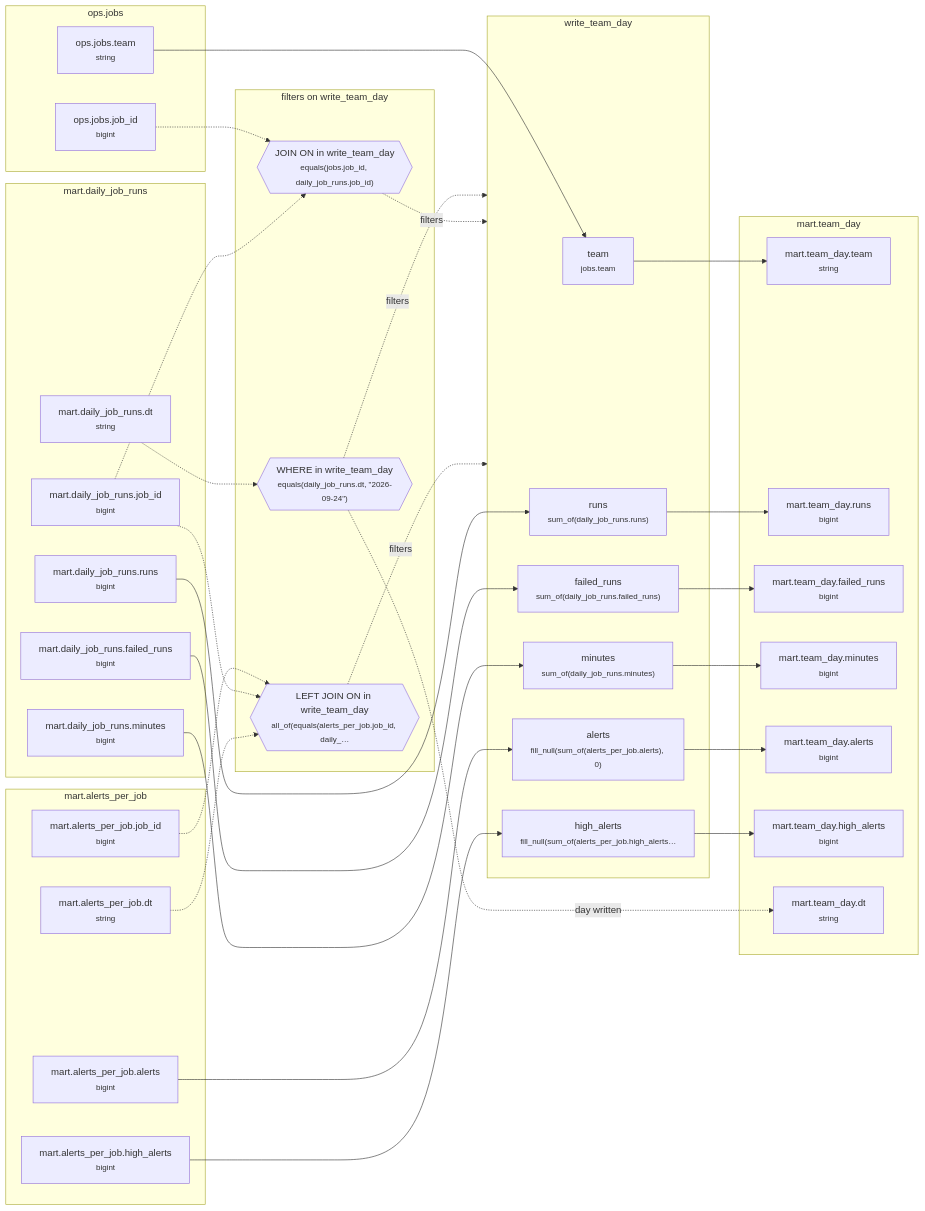
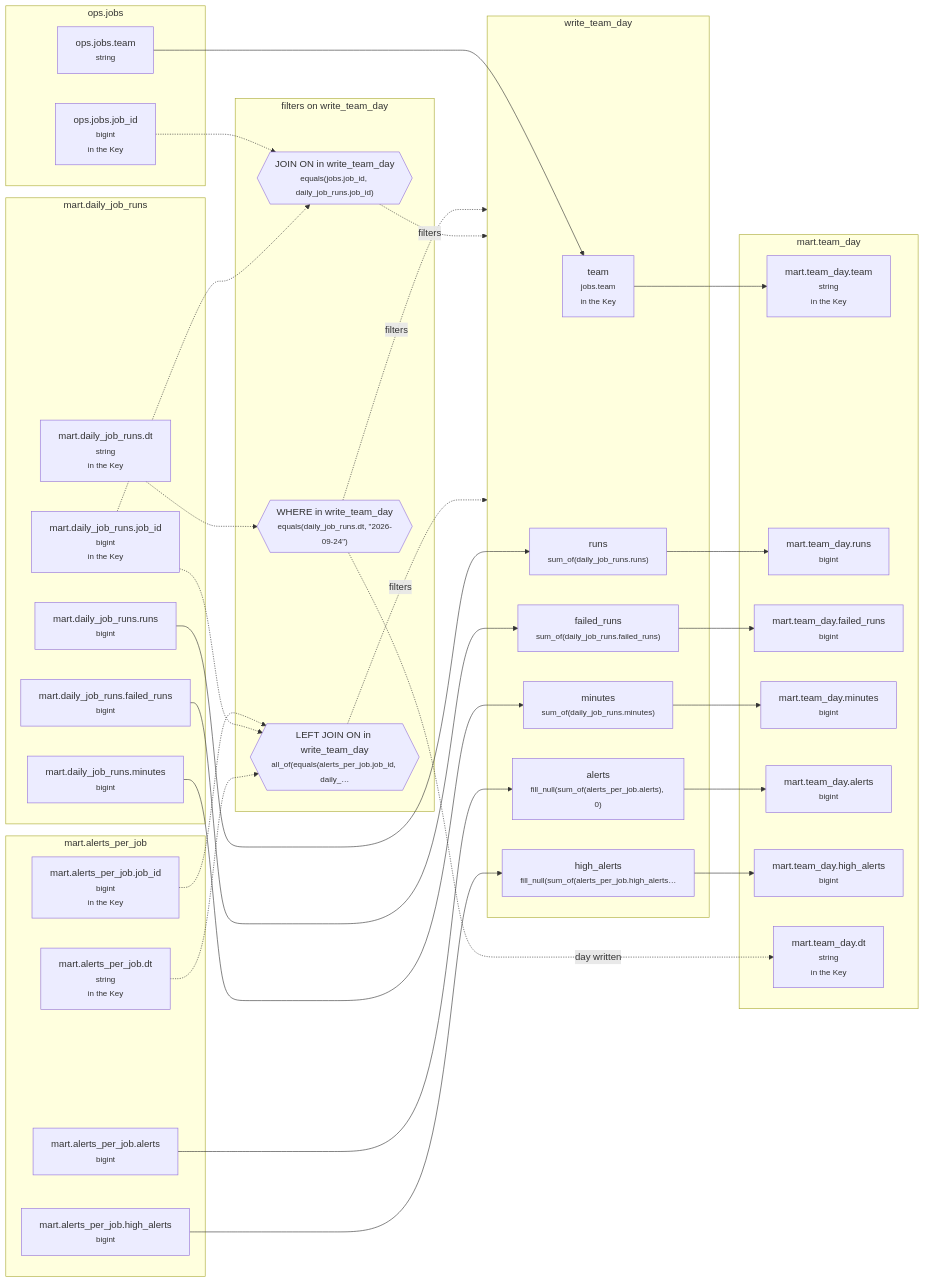
One commit to EdgyPage/SQL-Composer changed the diagram in example_projects/spark_composer/starter/lineage/example_3_team_day.md. Above: the diagram before and after it, drawn with Mermaid. The commit also changed other lines of this file and 159 other files, not shown here.

````diff
--- a/example_projects/spark_composer/starter/lineage/example_3_team_day.md
+++ b/example_projects/spark_composer/starter/lineage/example_3_team_day.md
@@ -8,64 +8,64 @@
 ```mermaid
 flowchart LR
   subgraph g0["ops.jobs"]
     n0["ops.jobs.team<br/><small>string</small>"]
-    n15["ops.jobs.job_id<br/><small>bigint</small>"]
+    n15["ops.jobs.job_id<br/><small>bigint</small><br/><small>in the Key</small>"]
   end
   subgraph g1["write_team_day"]
-    n1["team<br/><small>jobs.team</small>"]
+    n1["team<br/><small>jobs.team</small><br/><small>in the Key</small>"]
     n3["runs<br/><small>sum_of(daily_job_runs.runs)</small>"]
     n5["failed_runs<br/><small>sum_of(daily_job_runs.failed_runs)</small>"]
     n7["minutes<br/><small>sum_of(daily_job_runs.minutes)</small>"]
     n9["alerts<br/><small>fill_null(sum_of(alerts_per_job.alerts), 0)</small>"]
     n11["high_alerts<br/><small>fill_null(sum_of(alerts_per_job.high_alerts…</small>"]
   end
   subgraph g2["mart.daily_job_runs"]
     n2["mart.daily_job_runs.runs<br/><small>bigint</small>"]
     n4["mart.daily_job_runs.failed_runs<br/><small>bigint</small>"]
     n6["mart.daily_job_runs.minutes<br/><small>bigint</small>"]
-    n13["mart.daily_job_runs.dt<br/><small>string</small>"]
-    n16["mart.daily_job_runs.job_id<br/><small>bigint</small>"]
+    n13["mart.daily_job_runs.dt<br/><small>string</small><br/><small>in the Key</small>"]
+    n16["mart.daily_job_runs.job_id<br/><small>bigint</small><br/><small>in the Key</small>"]
   end
   subgraph g3["mart.alerts_per_job"]
     n8["mart.alerts_per_job.alerts<br/><small>bigint</small>"]
     n10["mart.alerts_per_job.high_alerts<br/><small>bigint</small>"]
-    n18["mart.alerts_per_job.job_id<br/><small>bigint</small>"]
-    n19["mart.alerts_per_job.dt<br/><small>string</small>"]
+    n18["mart.alerts_per_job.job_id<br/><small>bigint</small><br/><small>in the Key</small>"]
+    n19["mart.alerts_per_job.dt<br/><small>string</small><br/><small>in the Key</small>"]
   end
   subgraph g4["filters on write_team_day"]
     n12{{"WHERE in write_team_day<br/><small>equals(daily_job_runs.dt, #quot;2026-09-24#quot;)</small>"}}
     n14{{"JOIN ON in write_team_day<br/><small>equals(jobs.job_id, daily_job_runs.job_id)</small>"}}
     n17{{"LEFT JOIN ON in write_team_day<br/><small>all_of(equals(alerts_per_job.job_id, daily_…</small>"}}
   end
   subgraph g5["mart.team_day"]
-    n20["mart.team_day.team<br/><small>string</small>"]
+    n20["mart.team_day.team<br/><small>string</small><br/><small>in the Key</small>"]
     n21["mart.team_day.runs<br/><small>bigint</small>"]
     n22["mart.team_day.failed_runs<br/><small>bigint</small>"]
     n23["mart.team_day.minutes<br/><small>bigint</small>"]
     n24["mart.team_day.alerts<br/><small>bigint</small>"]
     n25["mart.team_day.high_alerts<br/><small>bigint</small>"]
-    n26["mart.team_day.dt<br/><small>string</small>"]
+    n26["mart.team_day.dt<br/><small>string</small><br/><small>in the Key</small>"]
   end
   n0 --> n1
   n2 --> n3
   n4 --> n5
   n6 --> n7
   n8 --> n9
   n10 --> n11
   n13 -.-> n12
   n15 -.-> n14
   n16 -.-> n14
   n18 -.-> n17
   n16 -.-> n17
   n19 -.-> n17
   n1 --> n20
   n3 --> n21
   n5 --> n22
   n7 --> n23
   n9 --> n24
   n11 --> n25
   n12 -.->|day written| n26
   n12 -.->|filters| g1
   n14 -.->|filters| g1
   n17 -.->|filters| g1
 ```
````
